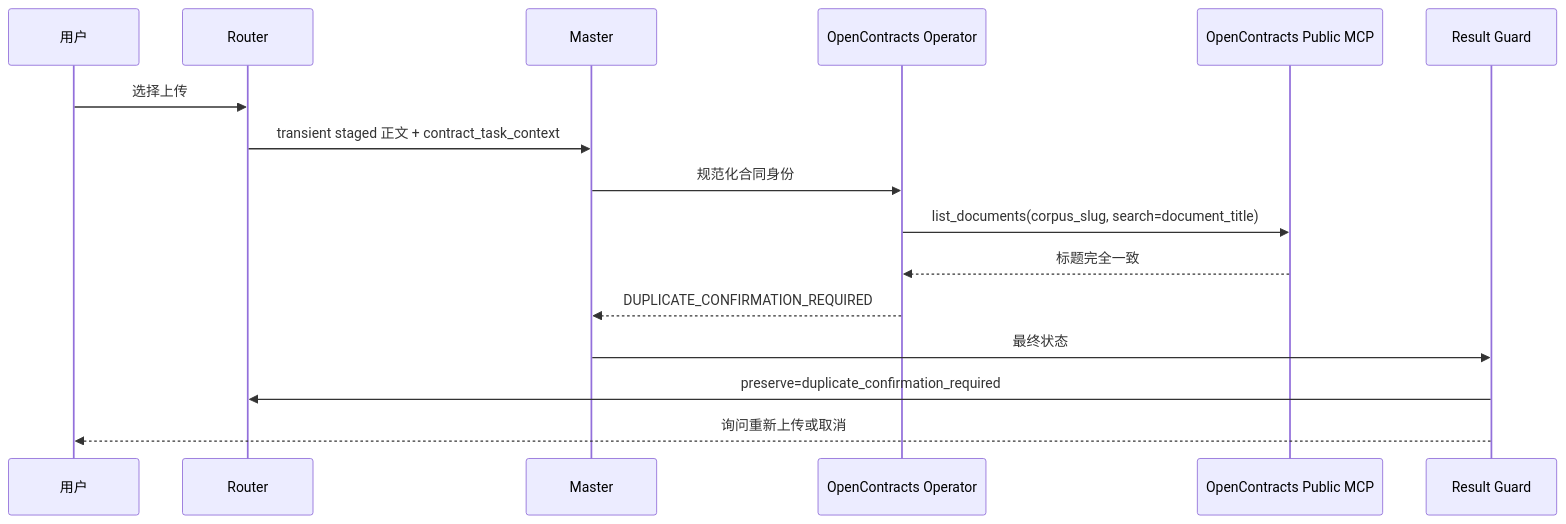
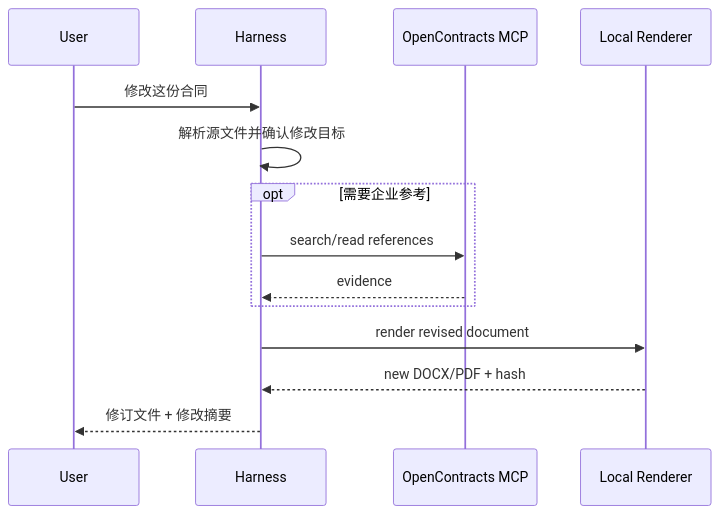
One commit to Ri0n72Y/ContractBotConfig changed the second of 4 diagrams in docs/architecture/upload-sequence.md. Above: the diagram before and after it, drawn with Mermaid. The commit also changed other lines of this file and 11 other files, not shown here.

Commit message:
docs: rebuild architecture and specs for WorkBuddy refactor

````diff
--- a/docs/architecture/upload-sequence.md
+++ b/docs/architecture/upload-sequence.md
@@ -106,19 +32,17 @@
 ```mermaid
 sequenceDiagram
-    participant U as 用户
-    participant R as Router
-    participant M as Master
-    participant O as OpenContracts Operator
-    participant MCP as OpenContracts Public MCP
-    participant RG as Result Guard
+    participant U as User
+    participant H as Harness
+    participant MCP as OpenContracts MCP
+    participant R as Local Renderer
 
-    U->>R: 选择上传
-    R->>M: transient staged 正文 + contract_task_context
-    M->>O: 规范化合同身份
-    O->>MCP: list_documents(corpus_slug, search=document_title)
-    MCP-->>O: 标题完全一致
-    O-->>M: DUPLICATE_CONFIRMATION_REQUIRED
-    M->>RG: 最终状态
-    RG->>R: preserve=duplicate_confirmation_required
-    RG-->>U: 询问重新上传或取消
+    U->>H: 修改这份合同
+    H->>H: 解析源文件并确认修改目标
+    opt 需要企业参考
+        H->>MCP: search/read references
+        MCP-->>H: evidence
+    end
+    H->>R: render revised document
+    R-->>H: new DOCX/PDF + hash
+    H-->>U: 修订文件 + 修改摘要
 ```
````
